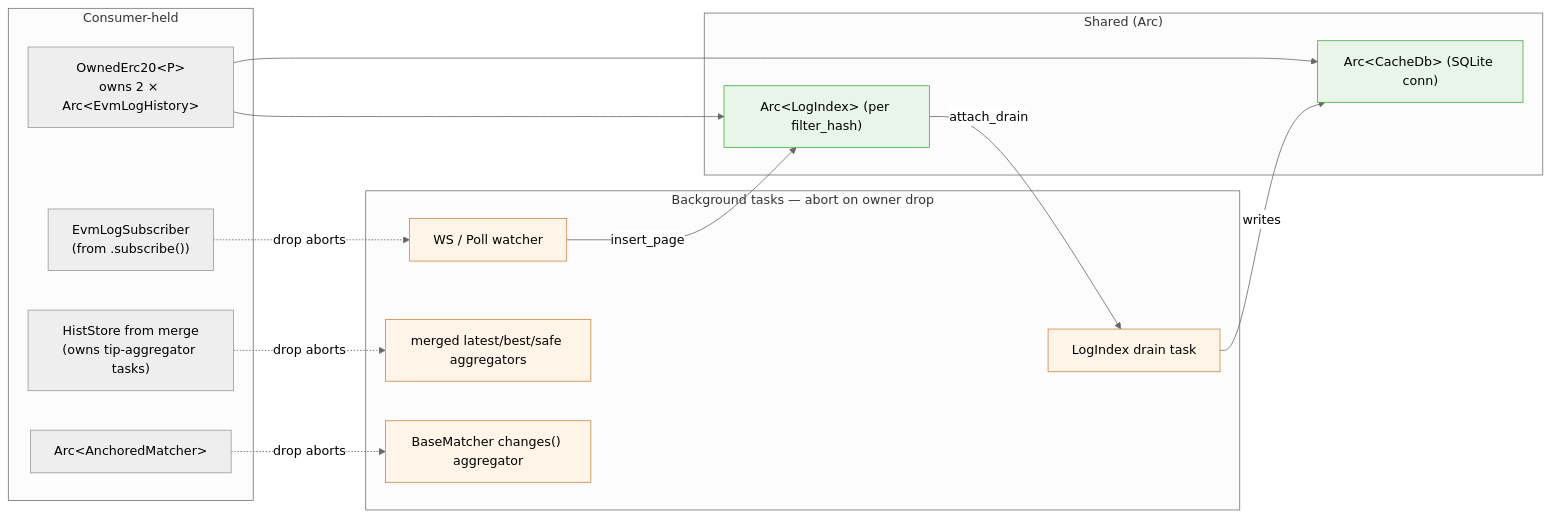
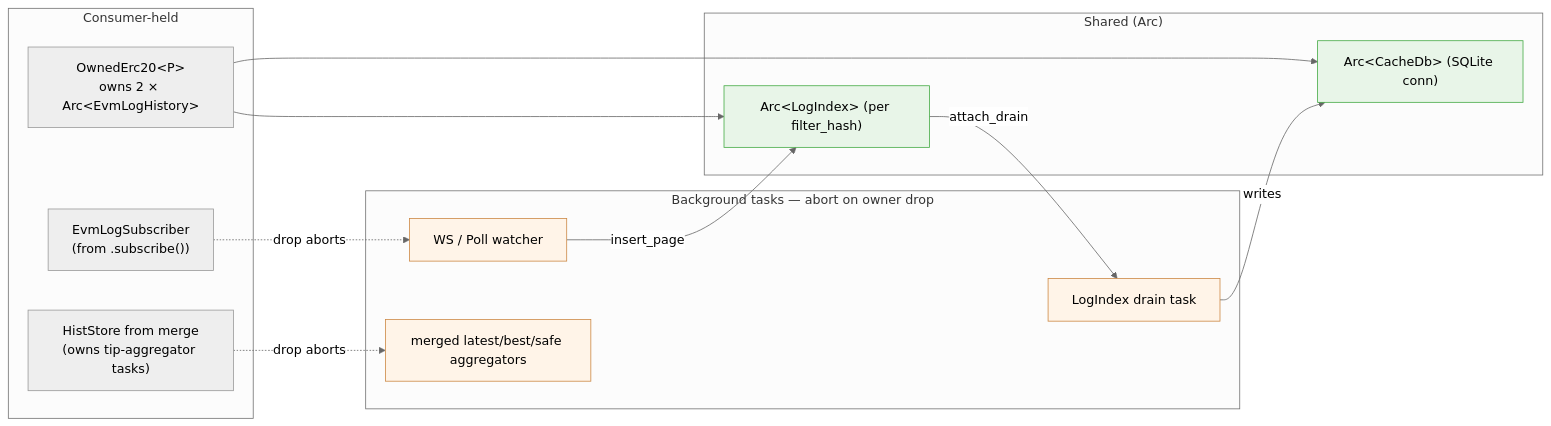
Diagram 11 of 12 in ARCHITECTURE.md (nikicat/chainfold), drawn with Mermaid (neutral theme) before and after one commit. The commit also changed other lines of this file and 2 other files, not shown here.

````diff
--- a/ARCHITECTURE.md
+++ b/ARCHITECTURE.md
@@ -796,33 +797,30 @@
 ```mermaid
 flowchart LR
     subgraph OWNED["Consumer-held"]
         OwnedErc20Box["OwnedErc20&lt;P&gt;<br/>owns 2 × Arc&lt;EvmLogHistory&gt;"]
         SubscriberBox["EvmLogSubscriber<br/>(from .subscribe())"]
-        MatcherBox["Arc&lt;AnchoredMatcher&gt;"]
         MergedBox["HistStore from merge<br/>(owns tip-aggregator tasks)"]
     end
     subgraph BG["Background tasks — abort on owner drop"]
         Watcher["WS / Poll watcher"]
         DrainTask["LogIndex drain task"]
         Aggr["merged latest/best/safe aggregators"]
-        Changes["BaseMatcher changes() aggregator"]
     end
     subgraph SHARED["Shared (Arc)"]
         CacheA["Arc&lt;CacheDb&gt; (SQLite conn)"]
         IdxA["Arc&lt;LogIndex&gt; (per filter_hash)"]
     end
 
     OwnedErc20Box --> IdxA
     OwnedErc20Box --> CacheA
     SubscriberBox -. drop aborts .-> Watcher
     Watcher -- insert_page --> IdxA
     IdxA -- attach_drain --> DrainTask
     DrainTask -- writes --> CacheA
     MergedBox -. drop aborts .-> Aggr
-    MatcherBox -. drop aborts .-> Changes
 
     classDef bg fill:#fff4e8,stroke:#cc8844
     classDef shared fill:#e8f5e8,stroke:#44aa44
-    class Watcher,DrainTask,Aggr,Changes bg
+    class Watcher,DrainTask,Aggr bg
     class CacheA,IdxA shared
 ```
````
